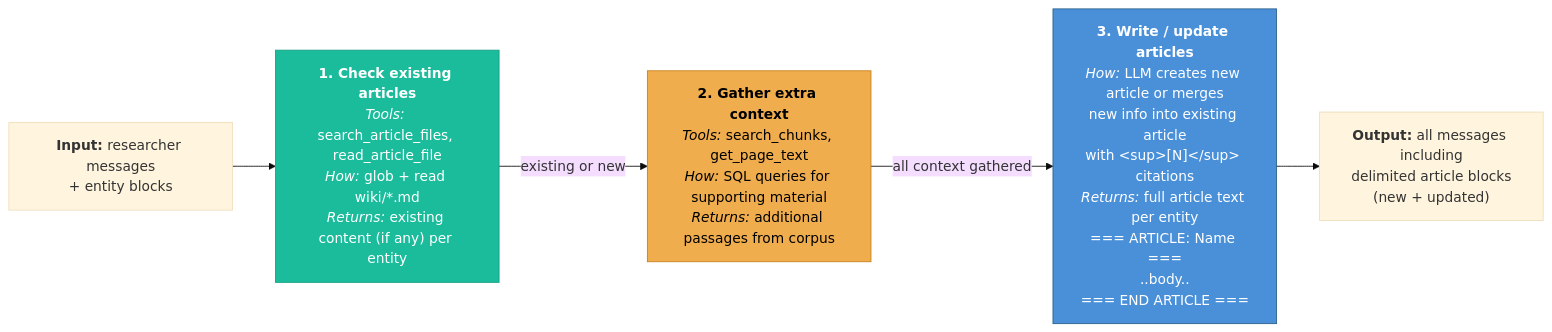
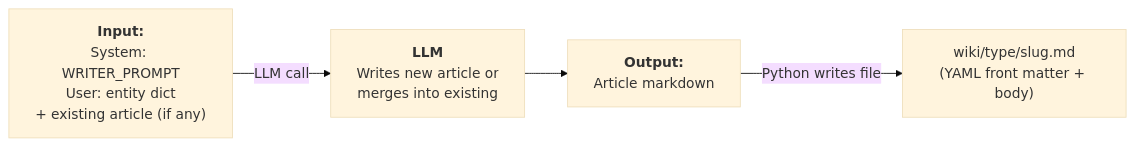
The third of 3 diagrams in docs/swarm-flow.md (alastairrushworth/docswarm), drawn with Mermaid (base theme) before and after one commit. The commit also changed other lines of this file and 5 other files, not shown here.

````diff
--- a/docs/swarm-flow.md
+++ b/docs/swarm-flow.md
@@ -99,27 +80,10 @@
 ```mermaid
 flowchart LR
-    IN["<b>Input:</b> researcher messages<br/>+ entity blocks"]
+    IN["<b>Input:</b><br/>System: WRITER_PROMPT<br/>User: entity dict<br/>+ existing article (if any)"]
 
-    IN --> S1
+    IN -->|"LLM call"| LLM["<b>LLM</b><br/>Writes new article or<br/>merges into existing"]
 
-    S1["<b>1. Check existing articles</b><br/><i>Tools:</i> search_article_files, read_article_file<br/><i>How:</i> glob + read wiki/*.md<br/><i>Returns:</i> existing content (if any) per entity"]
+    LLM --> OUT["<b>Output:</b><br/>Article markdown"]
 
-    S1 -->|"existing or new"| S2
-
-    S2["<b>2. Gather extra context</b><br/><i>Tools:</i> search_chunks, get_page_text<br/><i>How:</i> SQL queries for supporting material<br/><i>Returns:</i> additional passages from corpus"]
-
-    S2 -->|"all context gathered"| S3
-
-    S3["<b>3. Write / update articles</b><br/><i>How:</i> LLM creates new article or merges<br/>new info into existing article<br/>with &lt;sup&gt;[N]&lt;/sup&gt; citations<br/><i>Returns:</i> full article text per entity<br/>=== ARTICLE: Name ===<br/>..body..<br/>=== END ARTICLE ==="]
-
-    S3 --> OUT["<b>Output:</b> all messages including<br/>delimited article blocks<br/>(new + updated)"]
-
-    %% Styling
-    classDef srcDb fill:#f0ad4e,stroke:#c77f1a,color:#000
-    classDef srcWiki fill:#1abc9c,stroke:#16a085,color:#fff
-    classDef srcLlm fill:#4a90d9,stroke:#2c5f8a,color:#fff
-
-    class S1 srcWiki
-    class S2 srcDb
-    class S3 srcLlm
+    OUT -->|"Python writes file"| FILE["wiki/type/slug.md<br/>(YAML front matter + body)"]
 ```
````
